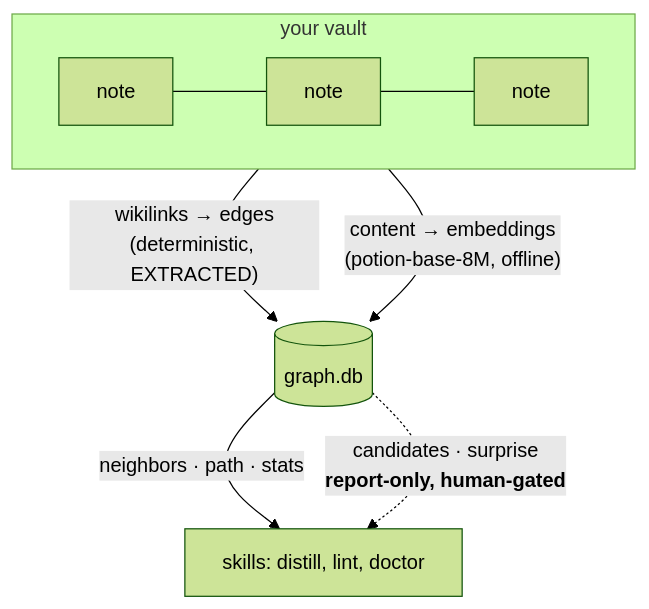
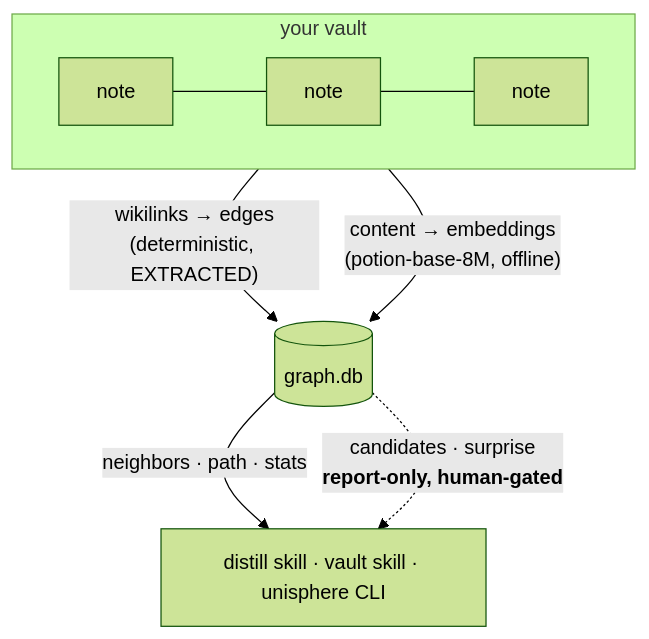
The second of 2 diagrams in README.md (marsmike/agentic-toolkit), drawn with Mermaid (forest theme) before and after one commit. The commit also changed 6 other files, not shown here.

````diff
--- a/README.md
+++ b/README.md
@@ -146,10 +146,10 @@
 ```mermaid
 flowchart TD
     subgraph vault [" your vault "]
         N1[note] --- N2[note] --- N3[note]
     end
     vault -->|"wikilinks → edges<br/>(deterministic, EXTRACTED)"| DB[(graph.db)]
     vault -->|"content → embeddings<br/>(potion-base-8M, offline)"| DB
-    DB -->|"neighbors · path · stats"| Skills[skills: distill, lint, doctor]
+    DB -->|"neighbors · path · stats"| Skills["distill skill · vault skill · unisphere CLI"]
     DB -.->|"candidates · surprise<br/><b>report-only, human-gated</b>"| Skills
 ```
````
